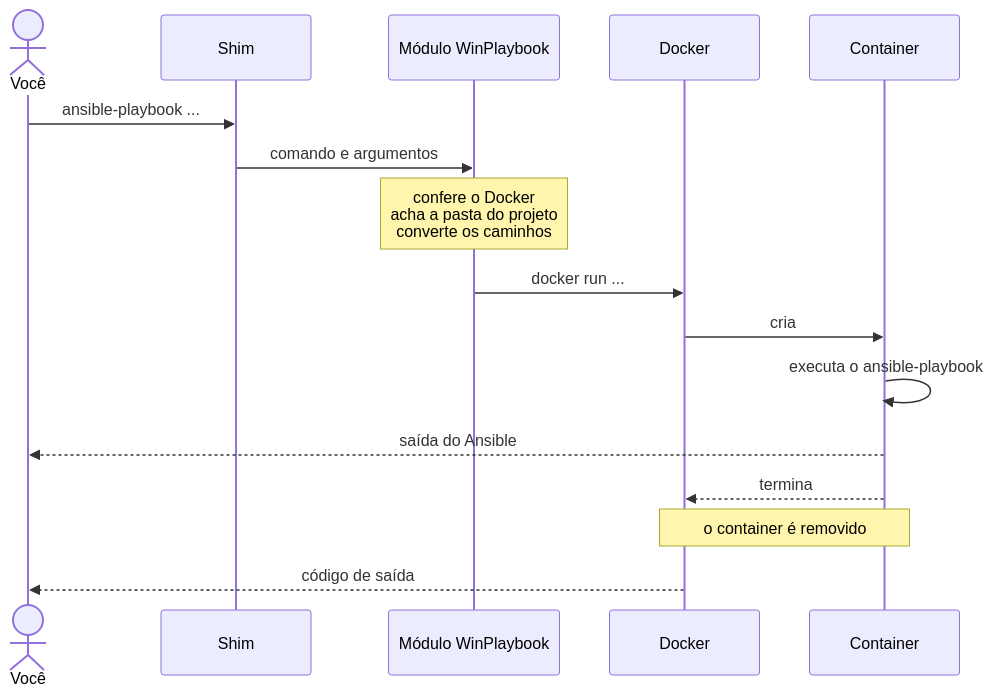
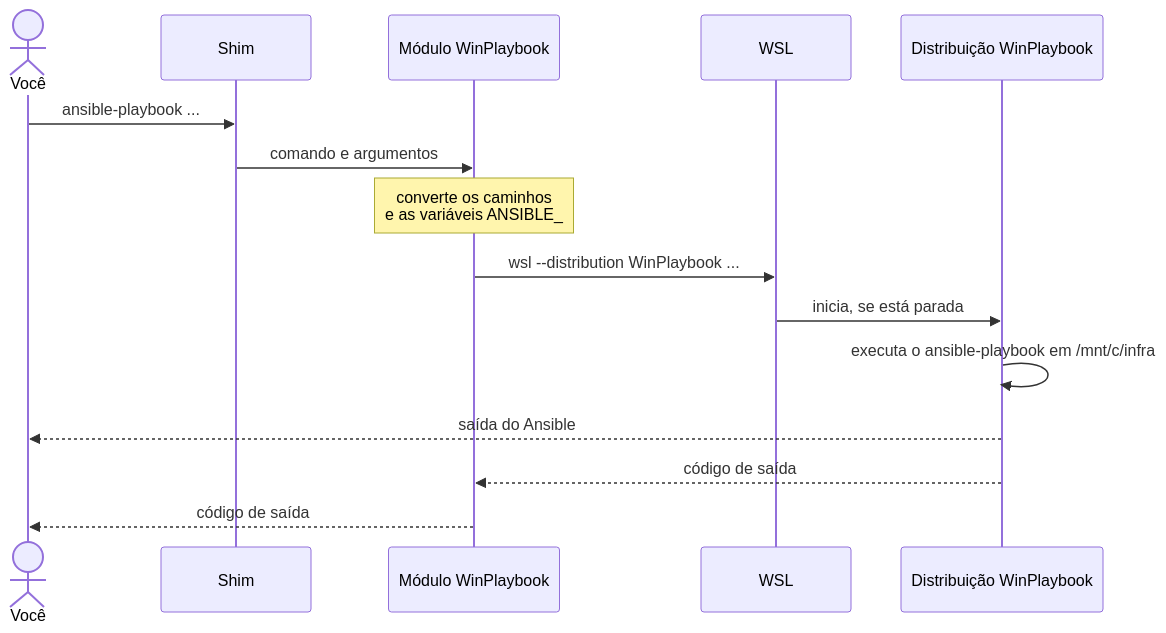
The third of 3 diagrams in docs/pt-br/how-it-works.md (LeonardoSextare/WinPlaybook), drawn with Mermaid before and after one commit. The commit also changed other lines of this file and 1 other file, not shown here.

Commit message:
docs: explica como o WinPlaybook funciona com o WSL

````diff
--- a/docs/pt-br/how-it-works.md
+++ b/docs/pt-br/how-it-works.md
@@ -76,19 +110,18 @@
 ```mermaid
 sequenceDiagram
     actor user as Você
     participant shim as Shim
     participant module as Módulo WinPlaybook
-    participant docker as Docker
-    participant container as Container
+    participant wsl as WSL
+    participant distro as Distribuição WinPlaybook
 
     user->>shim: ansible-playbook ...
     shim->>module: comando e argumentos
-    Note over module: confere o Docker<br/>acha a pasta do projeto<br/>converte os caminhos
-    module->>docker: docker run ...
-    docker->>container: cria
-    container->>container: executa o ansible-playbook
-    container-->>user: saída do Ansible
-    container-->>docker: termina
-    Note over docker,container: o container é removido
-    docker-->>user: código de saída
+    Note over module: converte os caminhos<br/>e as variáveis ANSIBLE_
+    module->>wsl: wsl --distribution WinPlaybook ...
+    wsl->>distro: inicia, se está parada
+    distro->>distro: executa o ansible-playbook em /mnt/c/infra
+    distro-->>user: saída do Ansible
+    distro-->>module: código de saída
+    module-->>user: código de saída
 ```
````
